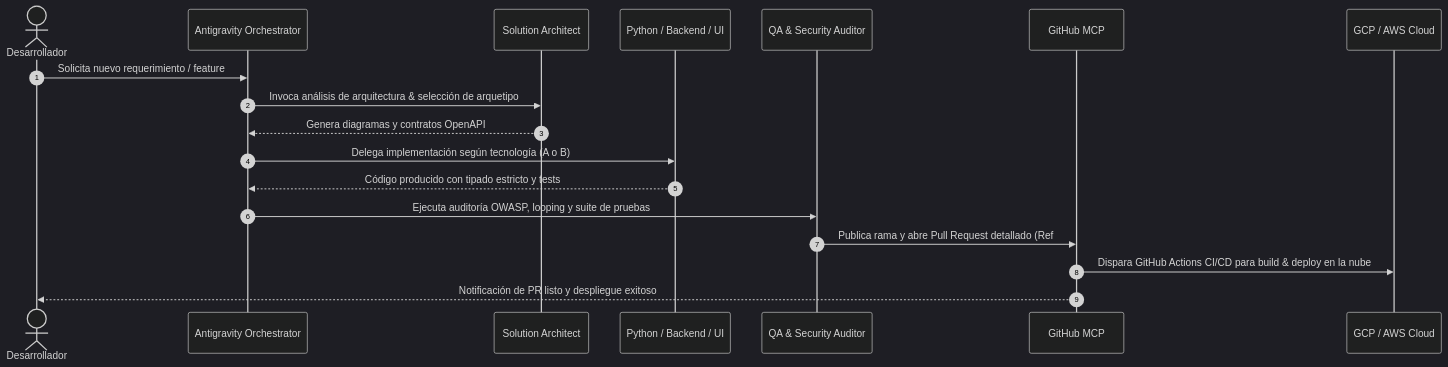
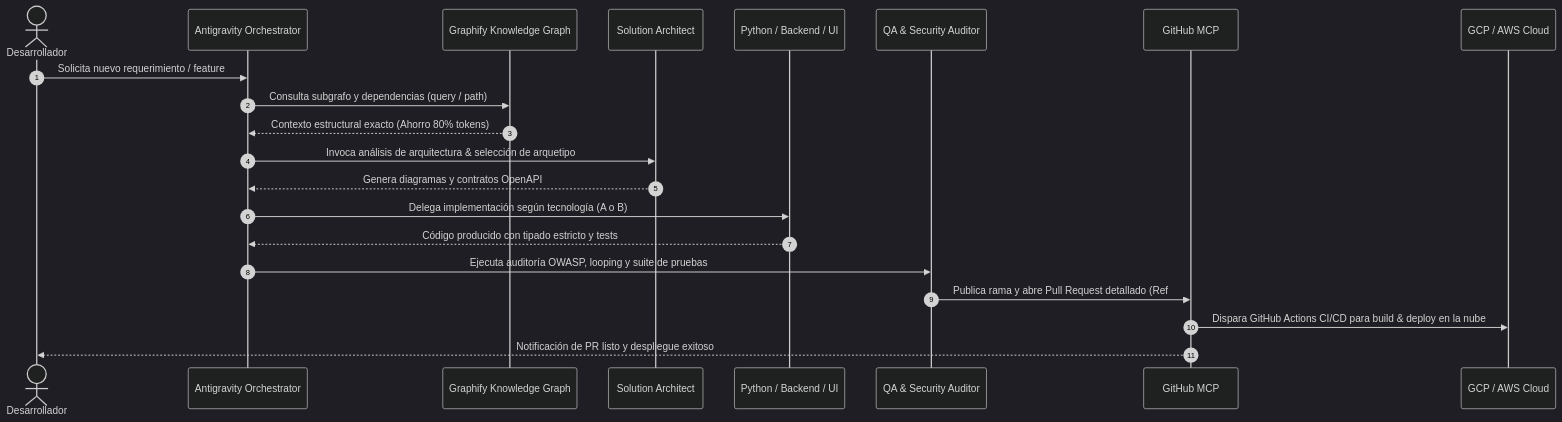
One commit to rogerrcarvajal/antigravity-deep-configuration changed the second of 2 diagrams in Docs/README.md. Above: the diagram before and after it, drawn with Mermaid (dark theme). The commit also changed other lines of this file and 27 other files, not shown here.

Commit message:
feat(graphify): integrar knowledge graph para navegacion semantica y optimizacion de 80% de tokens

````diff
--- a/Docs/README.md
+++ b/Docs/README.md
@@ -105,21 +127,24 @@
 ```mermaid
 sequenceDiagram
     autonumber
     actor Dev as Desarrollador
     participant AG as Antigravity Orchestrator
+    participant Graph as Graphify Knowledge Graph
     participant Arc as Solution Architect
     participant Coders as Python / Backend / UI
     participant QA as QA & Security Auditor
     participant GH as GitHub MCP
     participant Cloud as GCP / AWS Cloud
 
     Dev->>AG: Solicita nuevo requerimiento / feature
+    AG->>Graph: Consulta subgrafo y dependencias (query / path)
+    Graph-->>AG: Contexto estructural exacto (Ahorro 80% tokens)
     AG->>Arc: Invoca análisis de arquitectura & selección de arquetipo
     Arc-->>AG: Genera diagramas y contratos OpenAPI
     AG->>Coders: Delega implementación según tecnología (A o B)
     Coders-->>AG: Código producido con tipado estricto y tests
     AG->>QA: Ejecuta auditoría OWASP, looping y suite de pruebas
     QA->>GH: Publica rama y abre Pull Request detallado (Ref #X)
     GH->>Cloud: Dispara GitHub Actions CI/CD para build & deploy en la nube
     GH-->>Dev: Notificación de PR listo y despliegue exitoso
 ```
````
